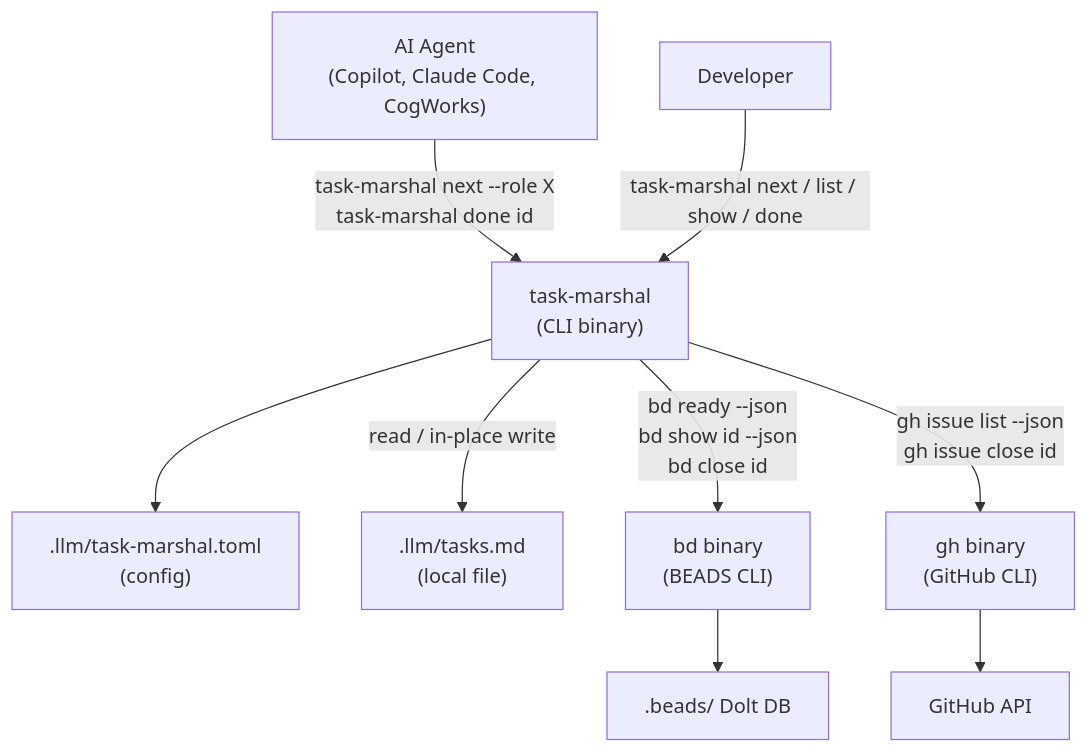
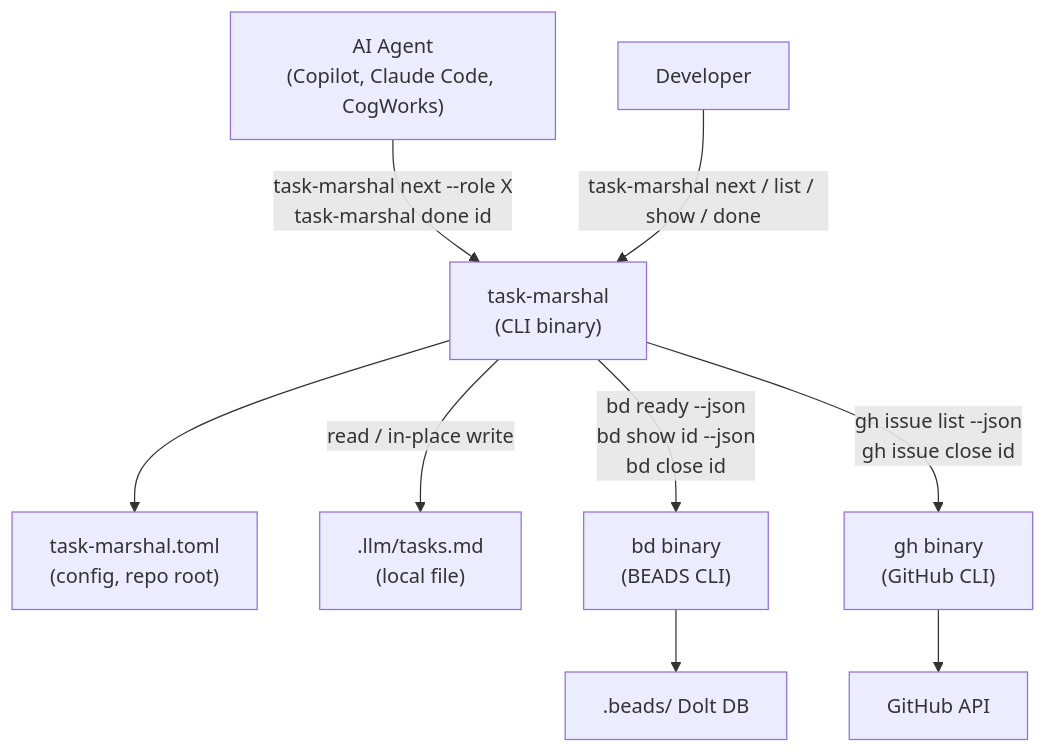
Before and after one commit to pvandervelde/task-marshal: the first of 3 diagrams in docs/spec/overview.md, drawn with Mermaid. The commit also changed other lines of this file and 9 other files, not shown here.

First line of the commit message:
docs: move config file from .llm/ to repo root

````diff
--- a/docs/spec/overview.md
+++ b/docs/spec/overview.md
@@ -15,14 +15,14 @@
 ```mermaid
 graph TD
     A["AI Agent\n(Copilot, Claude Code, CogWorks)"] -->|"task-marshal next --role X\ntask-marshal done id"| TM
     B["Developer"] -->|"task-marshal next / list / show / done"| TM
 
     TM["task-marshal\n(CLI binary)"]
 
-    TM --> C[".llm/task-marshal.toml\n(config)"]
+    TM --> C["task-marshal.toml\n(config, repo root)"]
     TM -->|"read / in-place write"| D[".llm/tasks.md\n(local file)"]
     TM -->|"bd ready --json\nbd show id --json\nbd close id"| E["bd binary\n(BEADS CLI)"]
     E --> F[".beads/ Dolt DB"]
     TM -->|"gh issue list --json\ngh issue close id"| G["gh binary\n(GitHub CLI)"]
     G --> H["GitHub API"]
 ```
````
